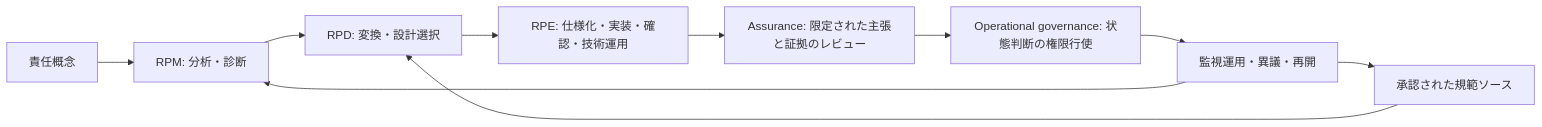
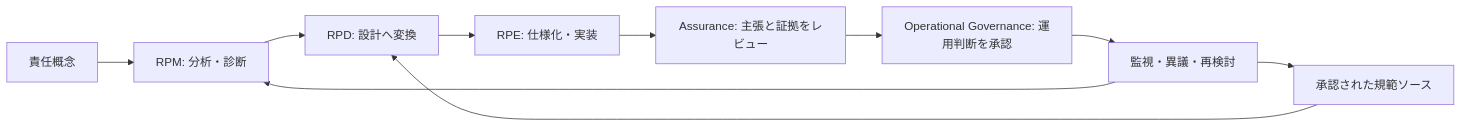
Before and after one commit to YutoriKomeiji/responsibility-pathway-design: the diagram in README.ja.md, drawn with Mermaid. The commit also changed other lines of this file and 2 other files, not shown here.

First line of the commit message:
Rewrite RPD public entry surfaces for B2B readers (#31)

````diff
--- a/README.ja.md
+++ b/README.ja.md
@@ -27,12 +37,12 @@
 ```mermaid
 flowchart LR
     A[責任概念] --> B[RPM: 分析・診断]
-    N[承認された規範ソース] --> C[RPD: 変換・設計選択]
+    N[承認された規範ソース] --> C[RPD: 設計へ変換]
     B --> C
-    C --> D[RPE: 仕様化・実装・確認・技術運用]
-    D --> E[Assurance: 限定された主張と証拠のレビュー]
-    E --> F[Operational governance: 状態判断の権限行使]
-    F --> G[監視運用・異議・再開]
+    C --> D[RPE: 仕様化・実装]
+    D --> E[Assurance: 主張と証拠をレビュー]
+    E --> F[Operational Governance: 運用判断を承認]
+    F --> G[監視・異議・再検討]
     G --> B
     G --> N
 ```
````
